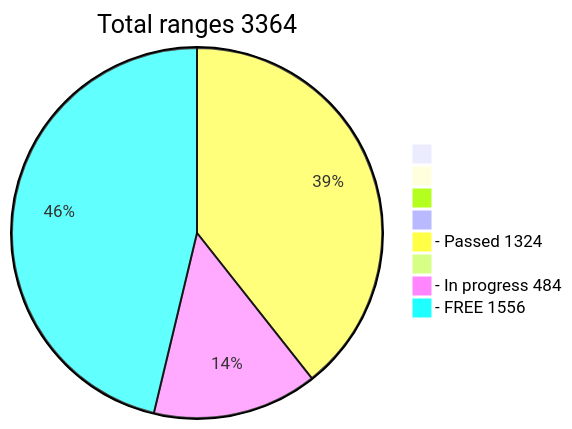
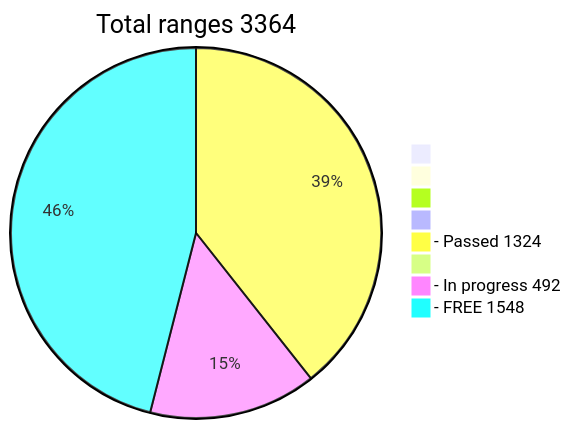
The diagram in README.md (phrutis/wif500), drawn with Mermaid before and after one commit.

````diff
--- a/README.md
+++ b/README.md
@@ -16,12 +16,12 @@
 ```mermaid
 pie title Total ranges 3364
              " " : 0
             "  " : 0
            "   " : 0
           "    " : 0
   "- Passed 1324" : 1324
          "     " : 0
-  "- In progress 484" : 484
-   "- FREE 1556" : 1556
+  "- In progress 492" : 492
+   "- FREE 1548" : 1548
    
 ```
````
